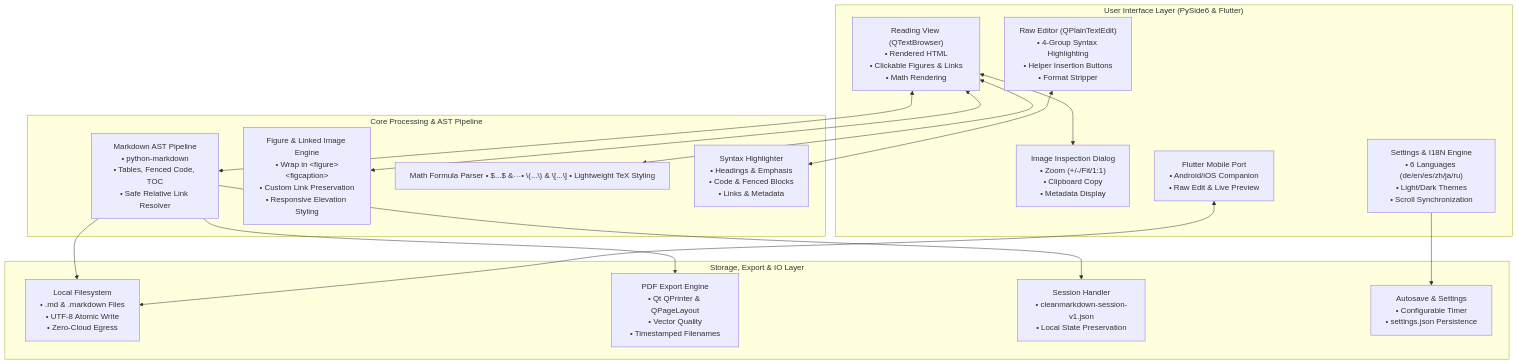
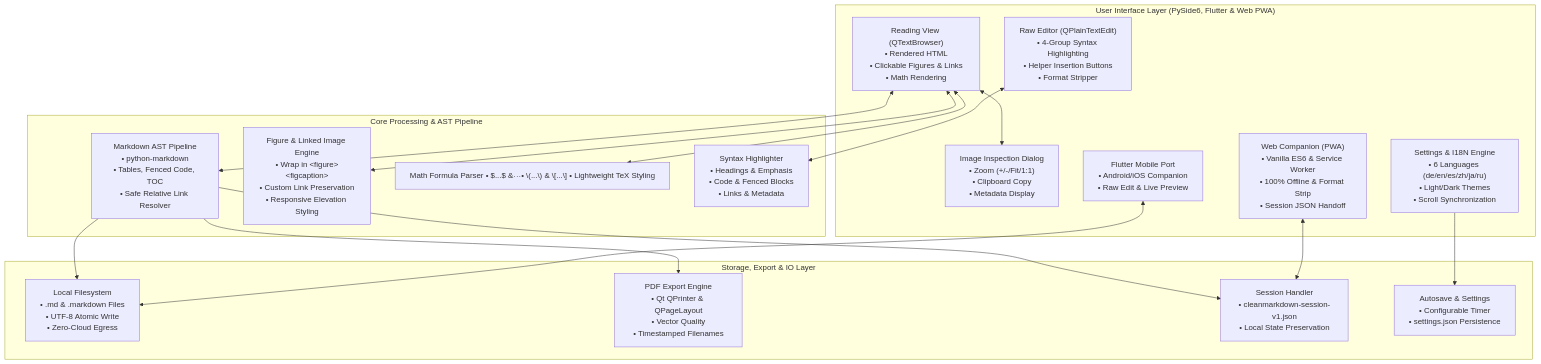
The first of 2 diagrams in README.md (doc-bricks/CleanMarkdown), drawn with Mermaid before and after one commit. The commit also changed other lines of this file and 8 other files, not shown here.

Commit message:
feat(marketing): PWA web companion integration, 20 topics saturation, Level 1 SBOM and NOTICE attribution

````diff
--- a/README.md
+++ b/README.md
@@ -82,35 +83,37 @@
 ```mermaid
 flowchart TD
-    subgraph UI ["User Interface Layer (PySide6 & Flutter)"]
+    subgraph UI ["User Interface Layer (PySide6, Flutter & Web PWA)"]
         A1["Reading View (QTextBrowser)<br/>• Rendered HTML<br/>• Clickable Figures & Links<br/>• Math Rendering"]
         A2["Raw Editor (QPlainTextEdit)<br/>• 4-Group Syntax Highlighting<br/>• Helper Insertion Buttons<br/>• Format Stripper"]
         A3["Image Inspection Dialog<br/>• Zoom (+/-/Fit/1:1)<br/>• Clipboard Copy<br/>• Metadata Display"]
         A4["Settings & I18N Engine<br/>• 6 Languages (de/en/es/zh/ja/ru)<br/>• Light/Dark Themes<br/>• Scroll Synchronization"]
         A5["Flutter Mobile Port<br/>• Android/iOS Companion<br/>• Raw Edit & Live Preview"]
+        A6["Web Companion (PWA)<br/>• Vanilla ES6 &amp; Service Worker<br/>• 100% Offline &amp; Format Strip<br/>• Session JSON Handoff"]
     end
 
     subgraph CORE ["Core Processing & AST Pipeline"]
         B1["Markdown AST Pipeline<br/>• python-markdown<br/>• Tables, Fenced Code, TOC<br/>• Safe Relative Link Resolver"]
         B2["Figure & Linked Image Engine<br/>• Wrap in &lt;figure&gt;&lt;figcaption&gt;<br/>• Custom Link Preservation<br/>• Responsive Elevation Styling"]
         B3["Math Formula Parser<br/>• $...$ &amp; $$...$$<br/>• \\(...\\) &amp; \\[...\\]<br/>• Lightweight TeX Styling"]
         B4["Syntax Highlighter<br/>• Headings &amp; Emphasis<br/>• Code &amp; Fenced Blocks<br/>• Links &amp; Metadata"]
     end
 
     subgraph STORAGE ["Storage, Export & IO Layer"]
         C1["Local Filesystem<br/>• .md &amp; .markdown Files<br/>• UTF-8 Atomic Write<br/>• Zero-Cloud Egress"]
         C2["PDF Export Engine<br/>• Qt QPrinter &amp; QPageLayout<br/>• Vector Quality<br/>• Timestamped Filenames"]
         C3["Session Handler<br/>• cleanmarkdown-session-v1.json<br/>• Local State Preservation"]
         C4["Autosave & Settings<br/>• Configurable Timer<br/>• settings.json Persistence"]
     end
 
     A1 <--> B1
     A2 <--> B4
     A1 <--> A3
     A1 <--> B2
     A1 <--> B3
     B1 --> C1
     B1 --> C2
     B1 --> C3
     A4 --> C4
     A5 <--> C1
+    A6 <--> C3
 ```
````
